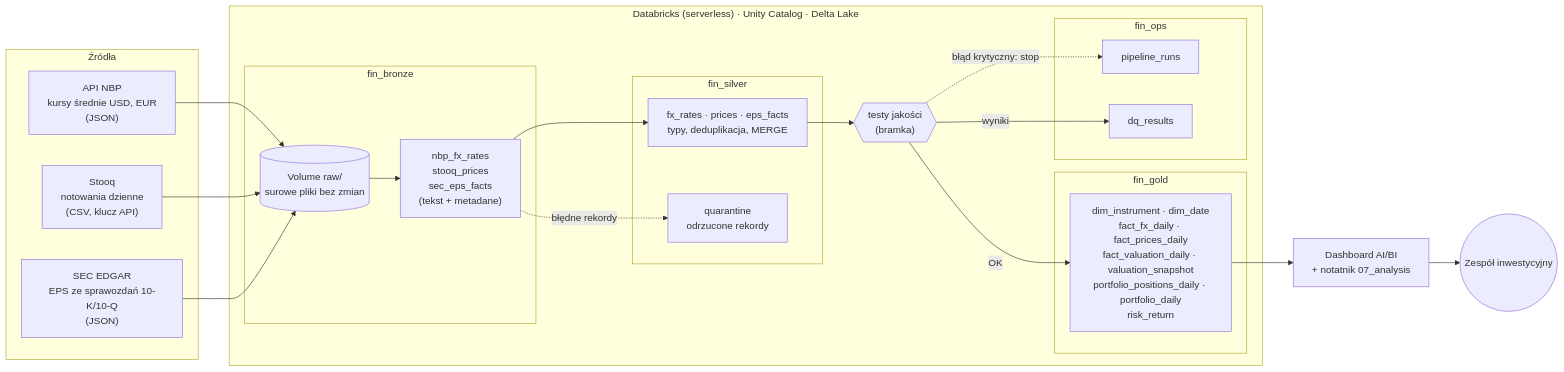
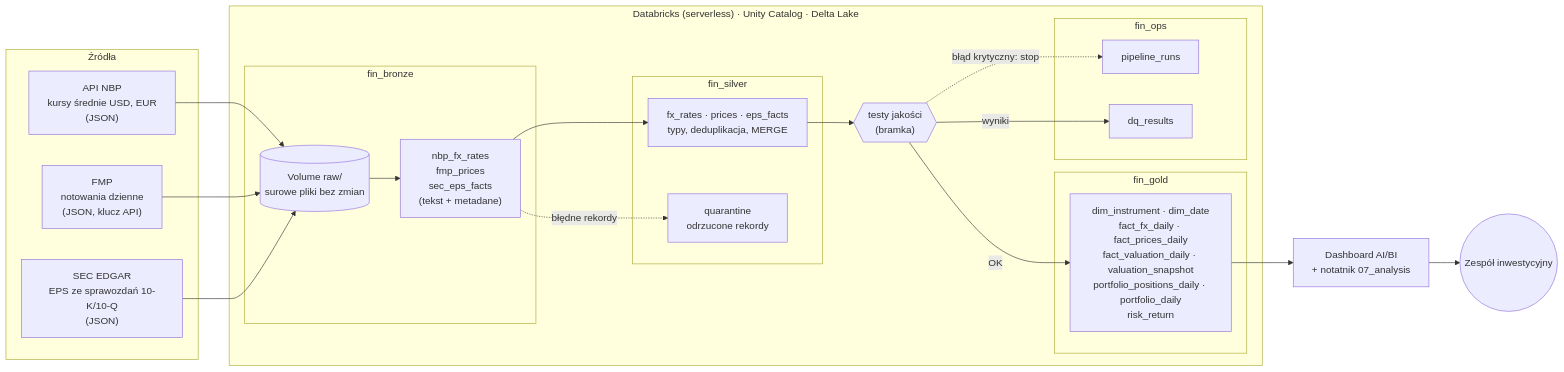
The first of 2 diagrams in docs/architektura.md (bajerynastudia-beep/financial-data-lakehouse), drawn with Mermaid before and after one commit. The commit also changed other lines of this file and 8 other files, not shown here.

````diff
--- a/docs/architektura.md
+++ b/docs/architektura.md
@@ -3,39 +3,39 @@
 ```mermaid
 flowchart LR
     subgraph Źródła
         NBP["API NBP<br/>kursy średnie USD, EUR<br/>(JSON)"]
-        STQ["Stooq<br/>notowania dzienne<br/>(CSV, klucz API)"]
+        STQ["FMP<br/>notowania dzienne<br/>(JSON, klucz API)"]
         SEC["SEC EDGAR<br/>EPS ze sprawozdań 10-K/10-Q<br/>(JSON)"]
     end
 
     subgraph Databricks["Databricks (serverless) · Unity Catalog · Delta Lake"]
         subgraph B["fin_bronze"]
             VOL[("Volume raw/<br/>surowe pliki bez zmian")]
-            BT["nbp_fx_rates<br/>stooq_prices<br/>sec_eps_facts<br/>(tekst + metadane)"]
+            BT["nbp_fx_rates<br/>fmp_prices<br/>sec_eps_facts<br/>(tekst + metadane)"]
         end
         subgraph S["fin_silver"]
             ST["fx_rates · prices · eps_facts<br/>typy, deduplikacja, MERGE"]
             Q["quarantine<br/>odrzucone rekordy"]
         end
         DQ{{"testy jakości<br/>(bramka)"}}
         subgraph G["fin_gold"]
             GT["dim_instrument · dim_date<br/>fact_fx_daily · fact_prices_daily<br/>fact_valuation_daily · valuation_snapshot<br/>portfolio_positions_daily · portfolio_daily<br/>risk_return"]
         end
         subgraph O["fin_ops"]
             RUNS["pipeline_runs"]
             DQR["dq_results"]
         end
     end
 
     APP["Dashboard AI/BI<br/>+ notatnik 07_analysis"]
     USER(("Zespół inwestycyjny"))
 
     NBP --> VOL
     STQ --> VOL
     SEC --> VOL
     VOL --> BT --> ST
     BT -. błędne rekordy .-> Q
     ST --> DQ -->|OK| GT --> APP --> USER
     DQ -->|wyniki| DQR
     DQ -. błąd krytyczny: stop .-> RUNS
 ```
````
